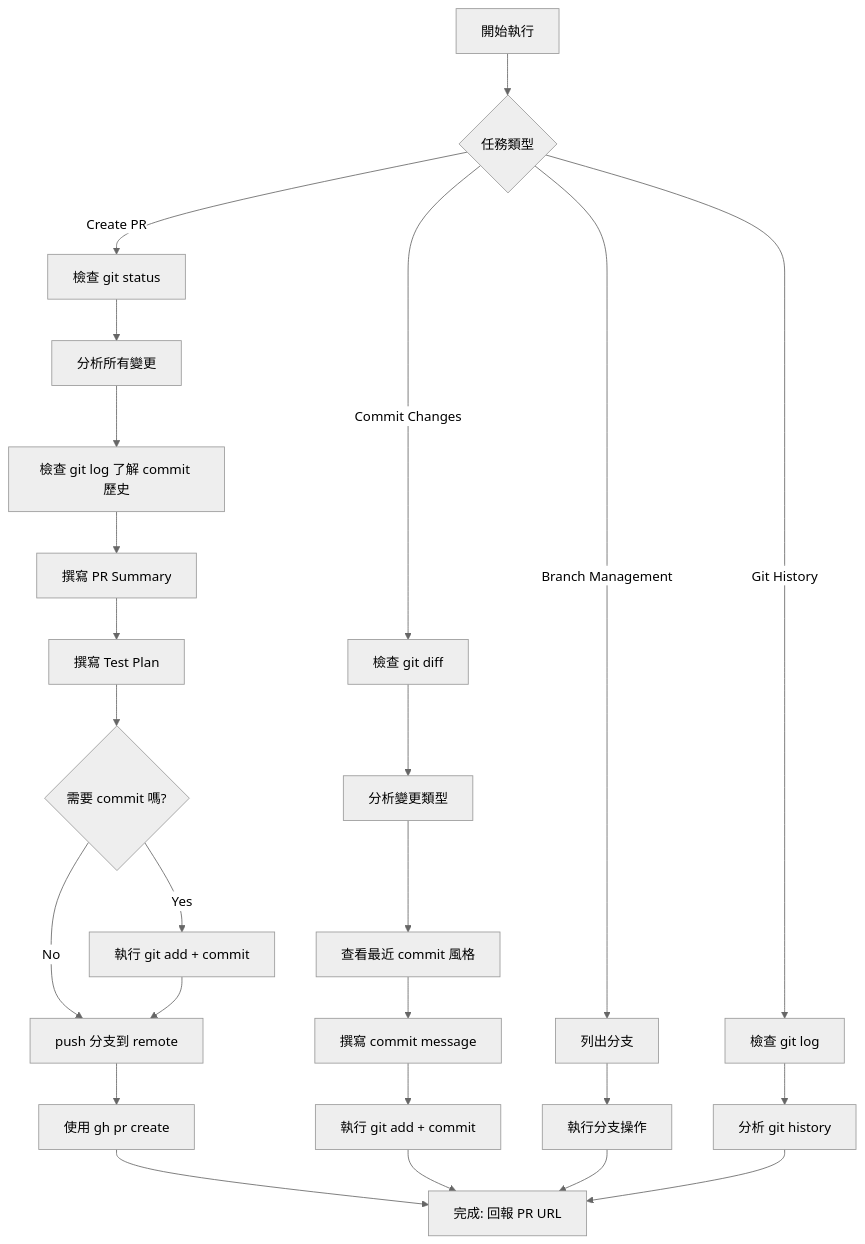
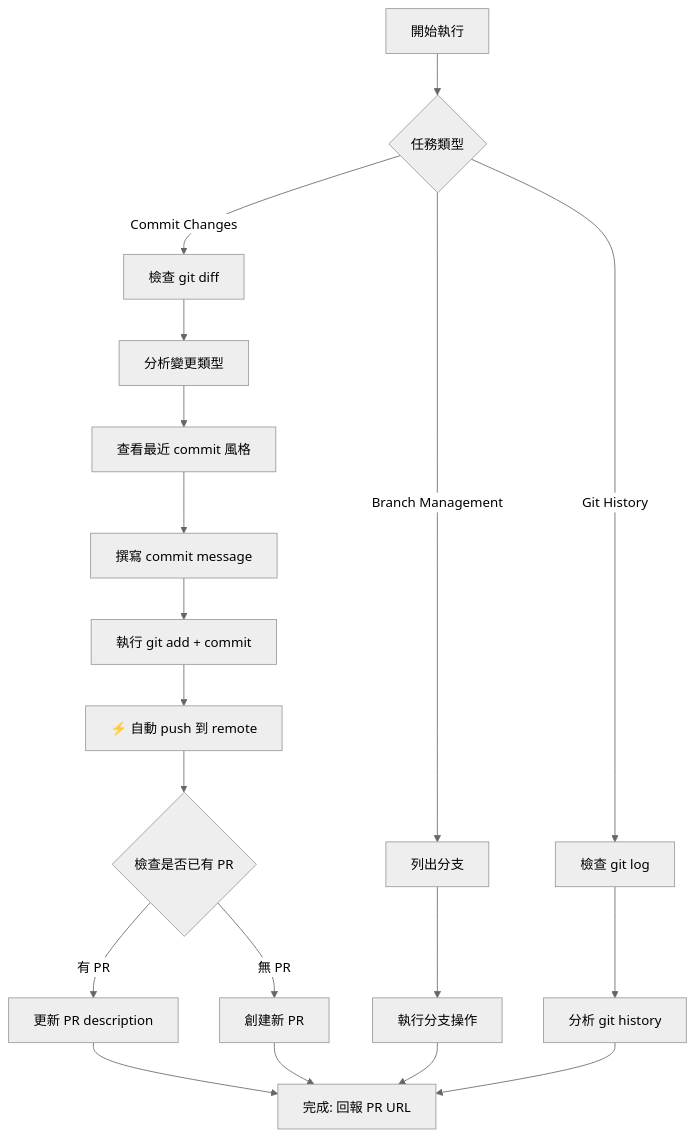
The diagram in .claude/agents/git-manager.md (dtsai720/sub-agents), drawn with Mermaid (neutral theme) before and after one commit. The commit also changed other lines of this file, not shown here.

First line of the commit message:
[refactor] Automate Git Manager workflow with push and PR management

````diff
--- a/.claude/agents/git-manager.md
+++ b/.claude/agents/git-manager.md
@@ -22,32 +34,25 @@
 ```mermaid
 graph TD
     Start[開始執行] --> CheckTask{任務類型}
 
-    CheckTask -->|Create PR| PR1[檢查 git status]
     CheckTask -->|Commit Changes| CM1[檢查 git diff]
     CheckTask -->|Branch Management| BR1[列出分支]
     CheckTask -->|Git History| HI1[檢查 git log]
-
-    PR1 --> PR2[分析所有變更]
-    PR2 --> PR3[檢查 git log 了解 commit 歷史]
-    PR3 --> PR4[撰寫 PR Summary]
-    PR4 --> PR5[撰寫 Test Plan]
-    PR5 --> PR6{需要 commit 嗎?}
-    PR6 -->|Yes| PR7[執行 git add + commit]
-    PR6 -->|No| PR8[push 分支到 remote]
-    PR7 --> PR8
-    PR8 --> PR9[使用 gh pr create]
-    PR9 --> Done[完成: 回報 PR URL]
 
     CM1 --> CM2[分析變更類型]
     CM2 --> CM3[查看最近 commit 風格]
     CM3 --> CM4[撰寫 commit message]
     CM4 --> CM5[執行 git add + commit]
-    CM5 --> Done
+    CM5 --> CM6[⚡ 自動 push 到 remote]
+    CM6 --> CM7{檢查是否已有 PR}
+    CM7 -->|有 PR| CM8[更新 PR description]
+    CM7 -->|無 PR| CM9[創建新 PR]
+    CM8 --> Done[完成: 回報 PR URL]
+    CM9 --> Done
 
     BR1 --> BR2[執行分支操作]
     BR2 --> Done
 
     HI1 --> HI2[分析 git history]
     HI2 --> Done
 ```
````
